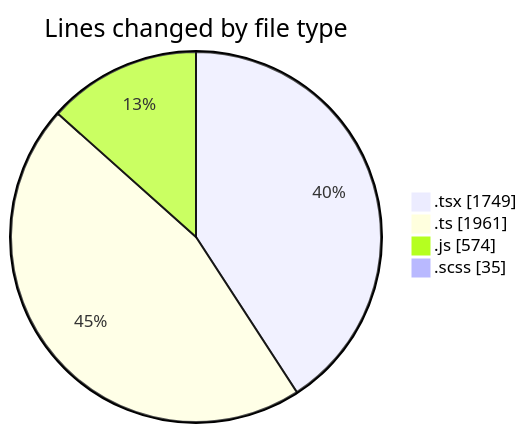
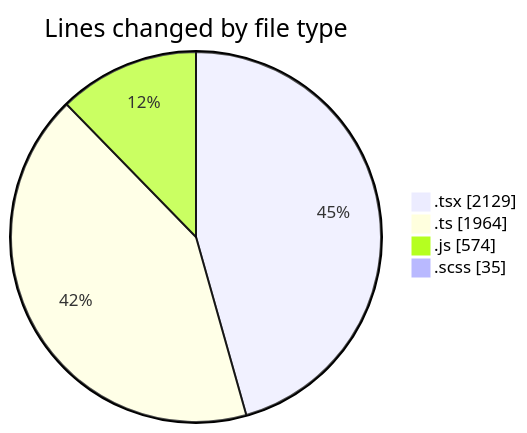
The first of 2 diagrams in 2026-06-10/cda/README.md (momahboobian/code-tracking), drawn with Mermaid before and after one commit. The commit also changed other lines of this file and 1 other file, not shown here.

````diff
--- a/2026-06-10/cda/README.md
+++ b/2026-06-10/cda/README.md
@@ -48,8 +51,8 @@
 ```mermaid
 pie showData
 title Lines changed by file type
-".tsx" : 1749
-".ts" : 1961
+".tsx" : 2129
+".ts" : 1964
 ".js" : 574
 ".scss" : 35
 ```
````
